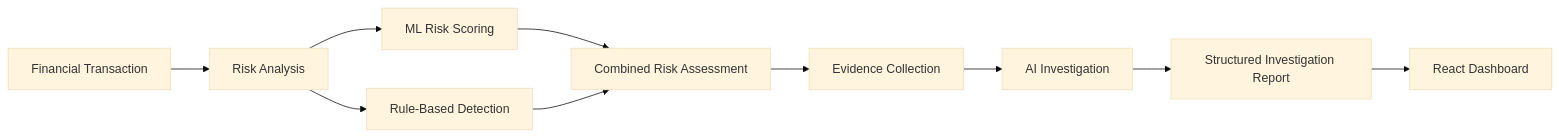
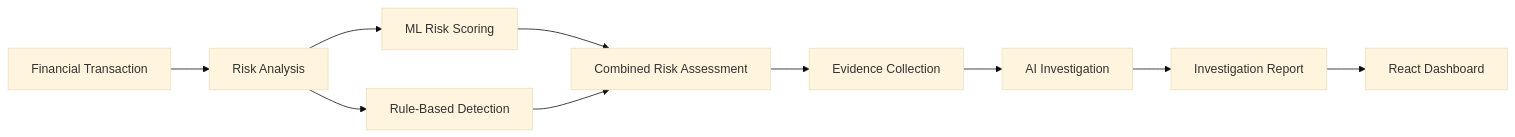
One commit to aman-tamar/ai-risk-investigator changed the first of 5 diagrams in README.md. Above: the diagram before and after it, drawn with Mermaid (base theme). The commit also changed other lines of this file, not shown here.

Commit message:
Fix README formatting and Mermaid diagrams

````diff
--- a/README.md
+++ b/README.md
@@ -9,15 +9,12 @@
 ```mermaid
 flowchart LR
     A["Financial Transaction"] --> B["Risk Analysis"]
-
     B --> C["ML Risk Scoring"]
     B --> D["Rule-Based Detection"]
-
     C --> E["Combined Risk Assessment"]
     D --> E
-
     E --> F["Evidence Collection"]
     F --> G["AI Investigation"]
-    G --> H["Structured Investigation Report"]
+    G --> H["Investigation Report"]
     H --> I["React Dashboard"]
 ```
````
